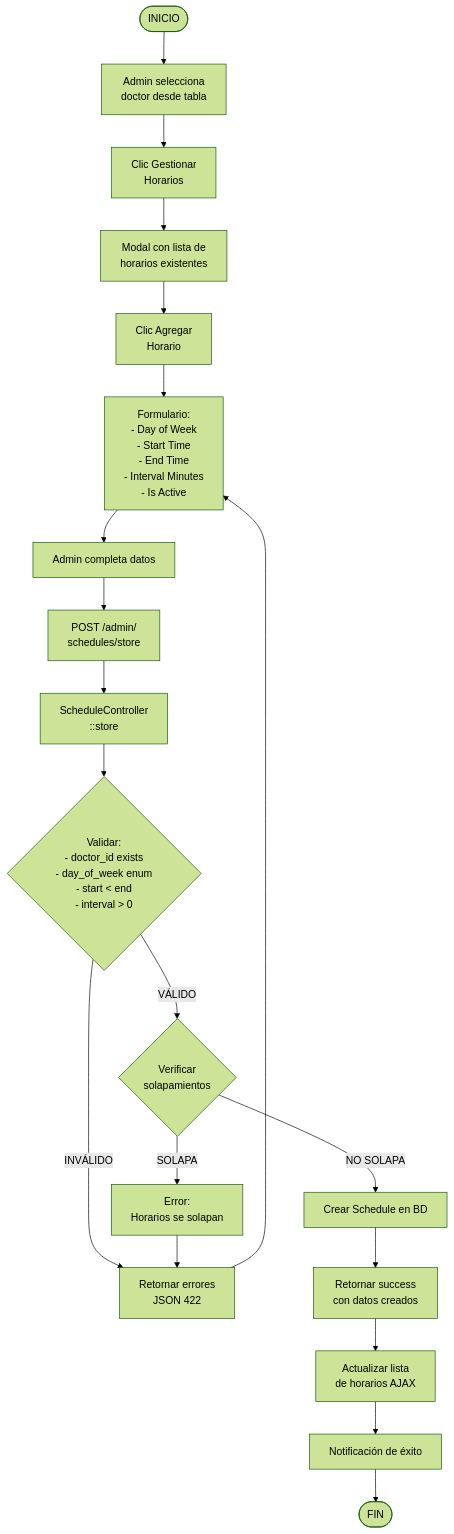
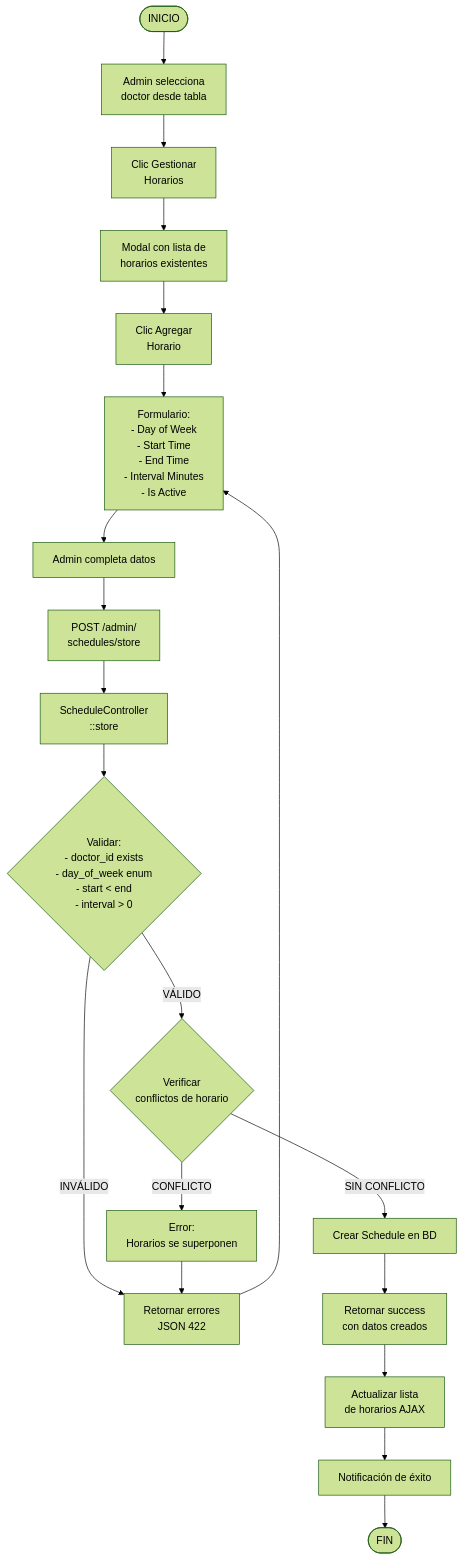
Before and after one commit to guillencristofer911-star/Gestion-Citas-Medicas: the fourth of 8 diagrams in Citas-Medicas/TECHNICAL_DOCUMENTATION.md, drawn with Mermaid (forest theme). The commit also changed other lines of this file, not shown here.

Commit message:
docs: Corregir diagrama 5.2 y mejorar terminología técnica

````diff
--- a/Citas-Medicas/TECHNICAL_DOCUMENTATION.md
+++ b/Citas-Medicas/TECHNICAL_DOCUMENTATION.md
@@ -359,22 +359,22 @@
 ```mermaid
 flowchart TD
     A([INICIO]) --> B[Admin selecciona<br/>doctor desde tabla]
     B --> C[Clic Gestionar<br/>Horarios]
     C --> D[Modal con lista de<br/>horarios existentes]
     D --> E[Clic Agregar<br/>Horario]
     E --> F[Formulario:<br/>- Day of Week<br/>- Start Time<br/>- End Time<br/>- Interval Minutes<br/>- Is Active]
     F --> G[Admin completa datos]
     G --> H[POST /admin/<br/>schedules/store]
     H --> I[ScheduleController<br/>::store]
     I --> J{Validar:<br/>- doctor_id exists<br/>- day_of_week enum<br/>- start < end<br/>- interval > 0}
     J -->|INVÁLIDO| K[Retornar errores<br/>JSON 422]
     K --> F
-    J -->|VÁLIDO| L{Verificar<br/>solapamientos}
-    L -->|SOLAPA| M[Error:<br/>Horarios se solapan]
+    J -->|VÁLIDO| L{Verificar<br/>conflictos de horario}
+    L -->|CONFLICTO| M[Error:<br/>Horarios se superponen]
     M --> K
-    L -->|NO SOLAPA| N[Crear Schedule en BD]
+    L -->|SIN CONFLICTO| N[Crear Schedule en BD]
     N --> O[Retornar success<br/>con datos creados]
     O --> P[Actualizar lista<br/>de horarios AJAX]
     P --> Q[Notificación de éxito]
     Q --> R([FIN])
 ```
````
